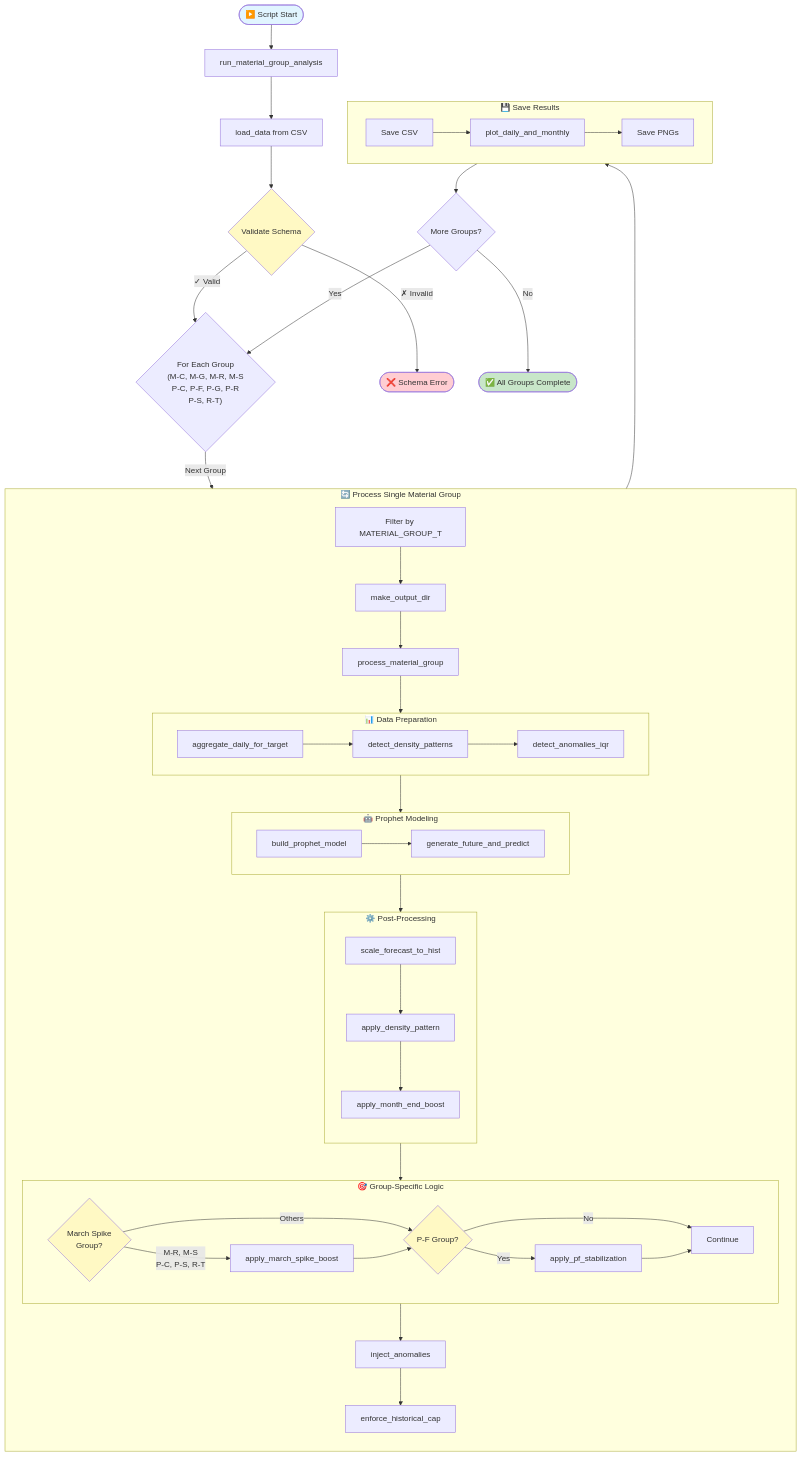
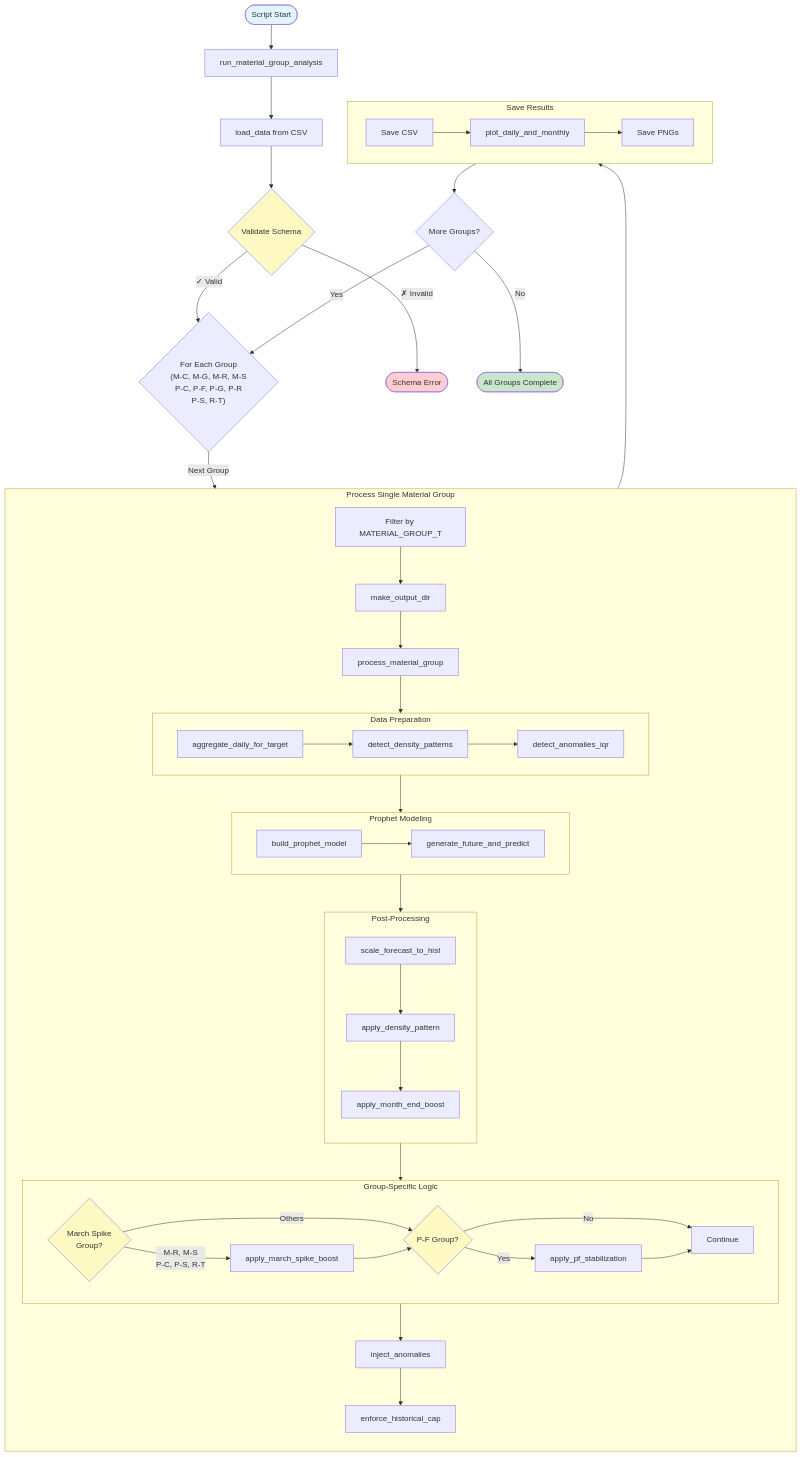
Before and after one commit to Tejas-kasmo/Supreme: the third of 4 diagrams in README.md, drawn with Mermaid. The commit also changed other lines of this file, not shown here.

````diff
--- a/README.md
+++ b/README.md
@@ -340,66 +340,66 @@
 ```mermaid
 flowchart TD
-    Start([▶️ Script Start]) --> Main[run_material_group_analysis]
+    Start([Script Start]) --> Main[run_material_group_analysis]
     Main --> LoadCSV[load_data from CSV]
     LoadCSV --> Validate{Validate Schema}
     Validate -->|"✓ Valid"| LoopGroups{"For Each Group\n(M-C, M-G, M-R, M-S\nP-C, P-F, P-G, P-R\nP-S, R-T)"}
-    Validate -->|"✗ Invalid"| Error([❌ Schema Error])
+    Validate -->|"✗ Invalid"| Error([Schema Error])
     
-    subgraph GroupProcessing["🔄 Process Single Material Group"]
+    subgraph GroupProcessing["Process Single Material Group"]
         direction TB
         FilterGroup[Filter by MATERIAL_GROUP_T]-->MakeDir[make_output_dir]
         MakeDir-->ProcessGroup[process_material_group]
         
-        subgraph DataPrep["📊 Data Preparation"]
+        subgraph DataPrep["Data Preparation"]
             AggDaily[aggregate_daily_for_target]-->DetectDensity[detect_density_patterns]
             DetectDensity-->DetectAnom[detect_anomalies_iqr]
         end
         
-        subgraph Modeling["🤖 Prophet Modeling"]
+        subgraph Modeling["Prophet Modeling"]
             BuildModel[build_prophet_model]-->GenFuture[generate_future_and_predict]
         end
         
-        subgraph PostProcessing["⚙️ Post-Processing"]
+        subgraph PostProcessing["Post-Processing"]
             direction TB
             ScaleHist[scale_forecast_to_hist]-->ApplyDensity[apply_density_pattern]
             ApplyDensity-->MonthEnd[apply_month_end_boost]
         end
         
-        subgraph SpecialLogic["🎯 Group-Specific Logic"]
+        subgraph SpecialLogic["Group-Specific Logic"]
             direction LR
             MarchCheck{"March Spike\nGroup?"}
             MarchCheck-->|"M-R, M-S\nP-C, P-S, R-T"| MarchBoost[apply_march_spike_boost]
             MarchCheck-->|"Others"| PFCheck{"P-F Group?"}
             PFCheck-->|"Yes"| PFStab[apply_pf_stabilization]
             PFCheck-->|"No"| SkipSpecial[Continue]
             MarchBoost-->PFCheck
             PFStab-->SkipSpecial
         end
         
         ProcessGroup-->DataPrep
         DataPrep-->Modeling
         Modeling-->PostProcessing
         PostProcessing-->SpecialLogic
         SpecialLogic-->InjectAnom[inject_anomalies]
         InjectAnom-->EnforceCap[enforce_historical_cap]
     end
     
-    subgraph Output["💾 Save Results"]
+    subgraph Output["Save Results"]
         direction LR
         SaveCSV["Save CSV"]-->PlotBoth[plot_daily_and_monthly]
         PlotBoth-->SavePlots["Save PNGs"]
     end
     
     LoopGroups-->|"Next Group"| FilterGroup
     EnforceCap-->Output
     Output-->Continue{More Groups?}
     Continue-->|"Yes"| LoopGroups
-    Continue-->|"No"| Success([✅ All Groups Complete])
+    Continue-->|"No"| Success([All Groups Complete])
     
     style Start fill:#e1f5ff
     style Success fill:#c8e6c9
     style Error fill:#ffcdd2
     style Validate fill:#fff9c4
     style MarchCheck fill:#fff9c4
     style PFCheck fill:#fff9c4
 ```
````
